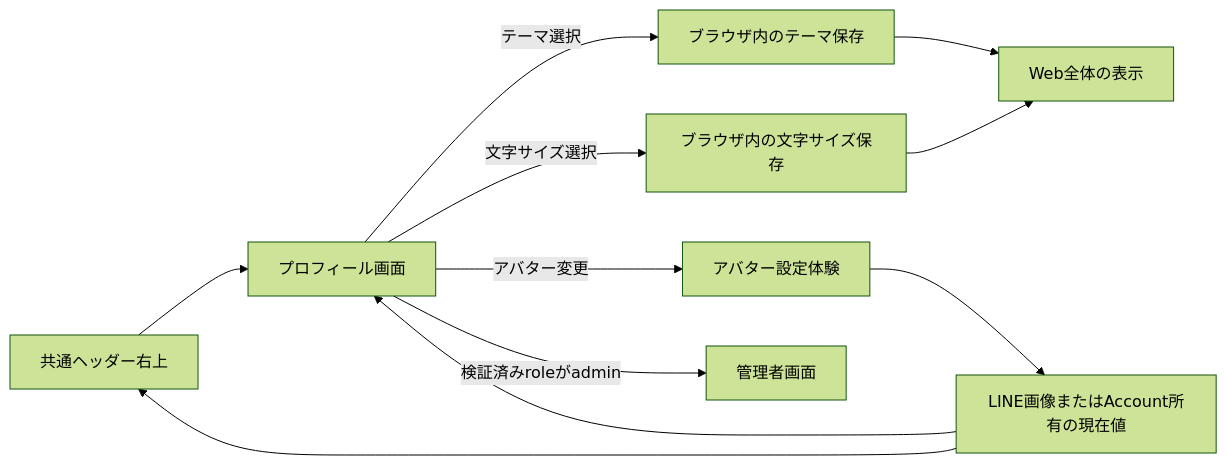
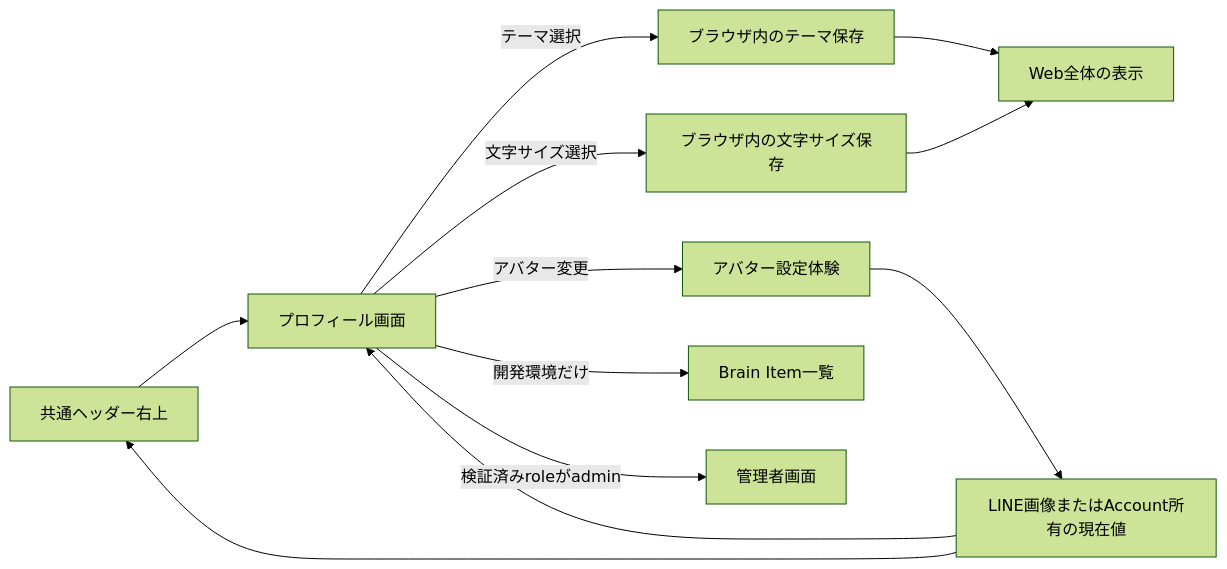
Before and after one commit to kkyosuke/me-builder: the second of 2 diagrams in docs/product/profile-settings-experience.md, drawn with Mermaid (forest theme). The commit also changed other lines of this file and 18 other files, not shown here.

````diff
--- a/docs/product/profile-settings-experience.md
+++ b/docs/product/profile-settings-experience.md
@@ -171,13 +175,14 @@
 ```mermaid
 flowchart LR
     H[共通ヘッダー右上] --> P[プロフィール画面]
     P -->|テーマ選択| B[ブラウザ内のテーマ保存]
     B --> V[Web全体の表示]
     P -->|文字サイズ選択| F[ブラウザ内の文字サイズ保存]
     F --> V
     P -->|アバター変更| A[アバター設定体験]
+    P -->|開発環境だけ| BI[Brain Item一覧]
     P -->|検証済みroleがadmin| M[管理者画面]
     A --> D[LINE画像またはAccount所有の現在値]
     D --> P
     D --> H
 ```
````
